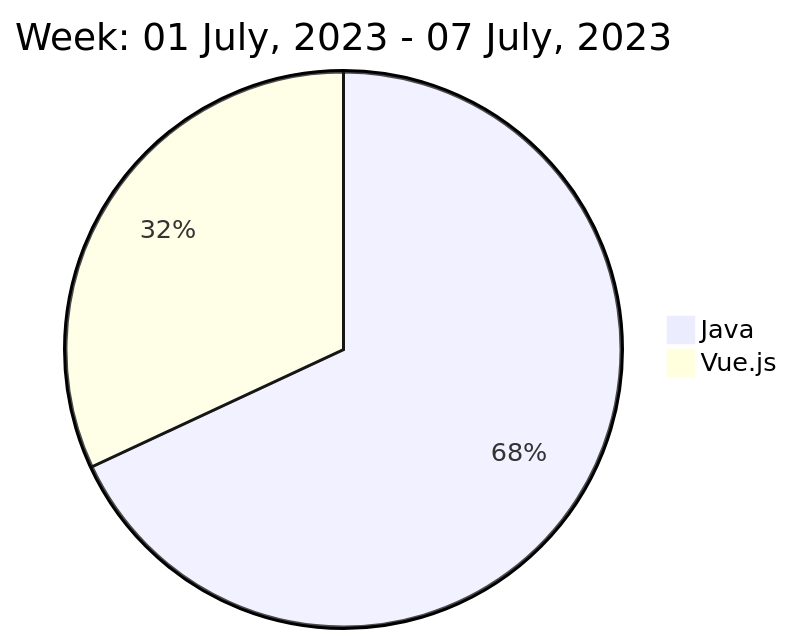
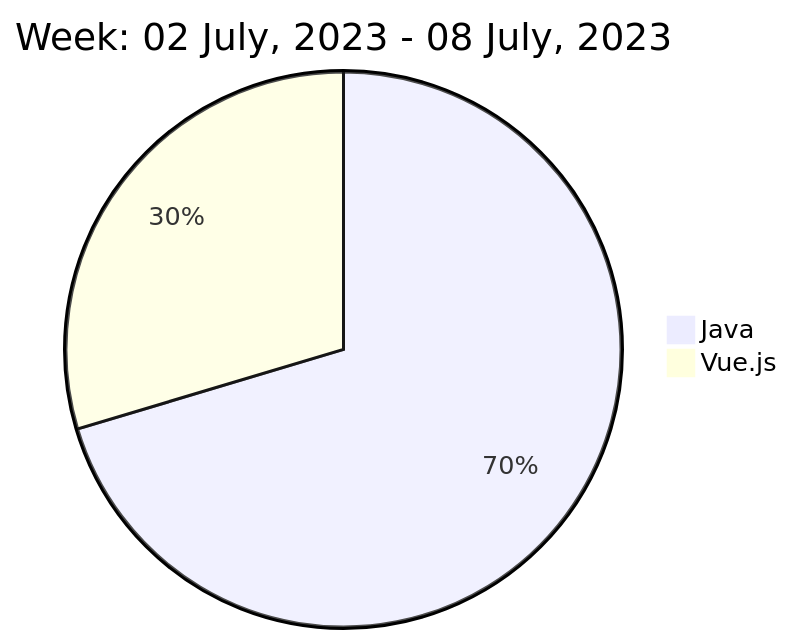
The diagram in README.md (liubin95/liubin95), drawn with Mermaid before and after one commit.

Commit message:
Updated the Graph with new Metrics

````diff
--- a/README.md
+++ b/README.md
@@ -40,6 +40,6 @@
 ```mermaid
  pie
-title Week: 01 July, 2023 - 07 July, 2023
- "Java" : 4.73
- "Vue.js" : 2.22
+title Week: 02 July, 2023 - 08 July, 2023
+ "Java" : 5.75
+ "Vue.js" : 2.42
 ```
````
